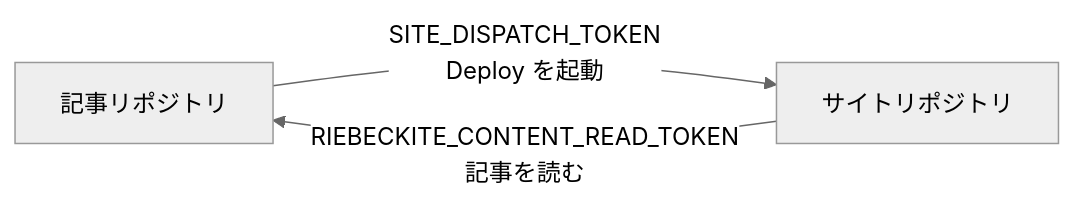
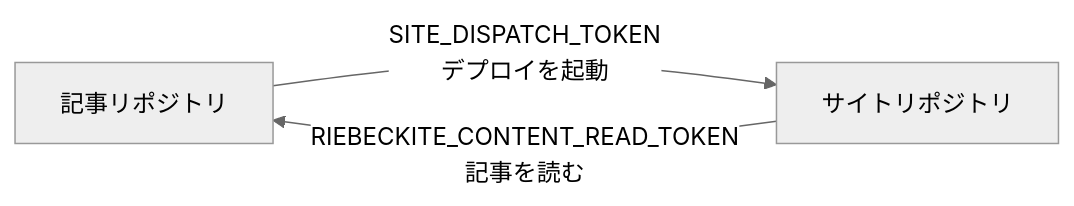
One commit to Rerurate514/riebeckite changed the sixth of 10 diagrams in docs/docs/guides/content-repositories.ja.md. Above: the diagram before and after it, drawn with Mermaid (neutral theme). The commit also changed other lines of this file and 310 other files, not shown here.

````diff
--- a/docs/docs/guides/content-repositories.ja.md
+++ b/docs/docs/guides/content-repositories.ja.md
@@ -350,8 +350,8 @@
 ```mermaid
 flowchart LR
     Content["記事リポジトリ"]
     Site["サイトリポジトリ"]
 
-    Content -->|"SITE_DISPATCH_TOKEN<br/>Deploy を起動"| Site
+    Content -->|"SITE_DISPATCH_TOKEN<br/>デプロイを起動"| Site
     Site -->|"RIEBECKITE_CONTENT_READ_TOKEN<br/>記事を読む"| Content
 ```
````
